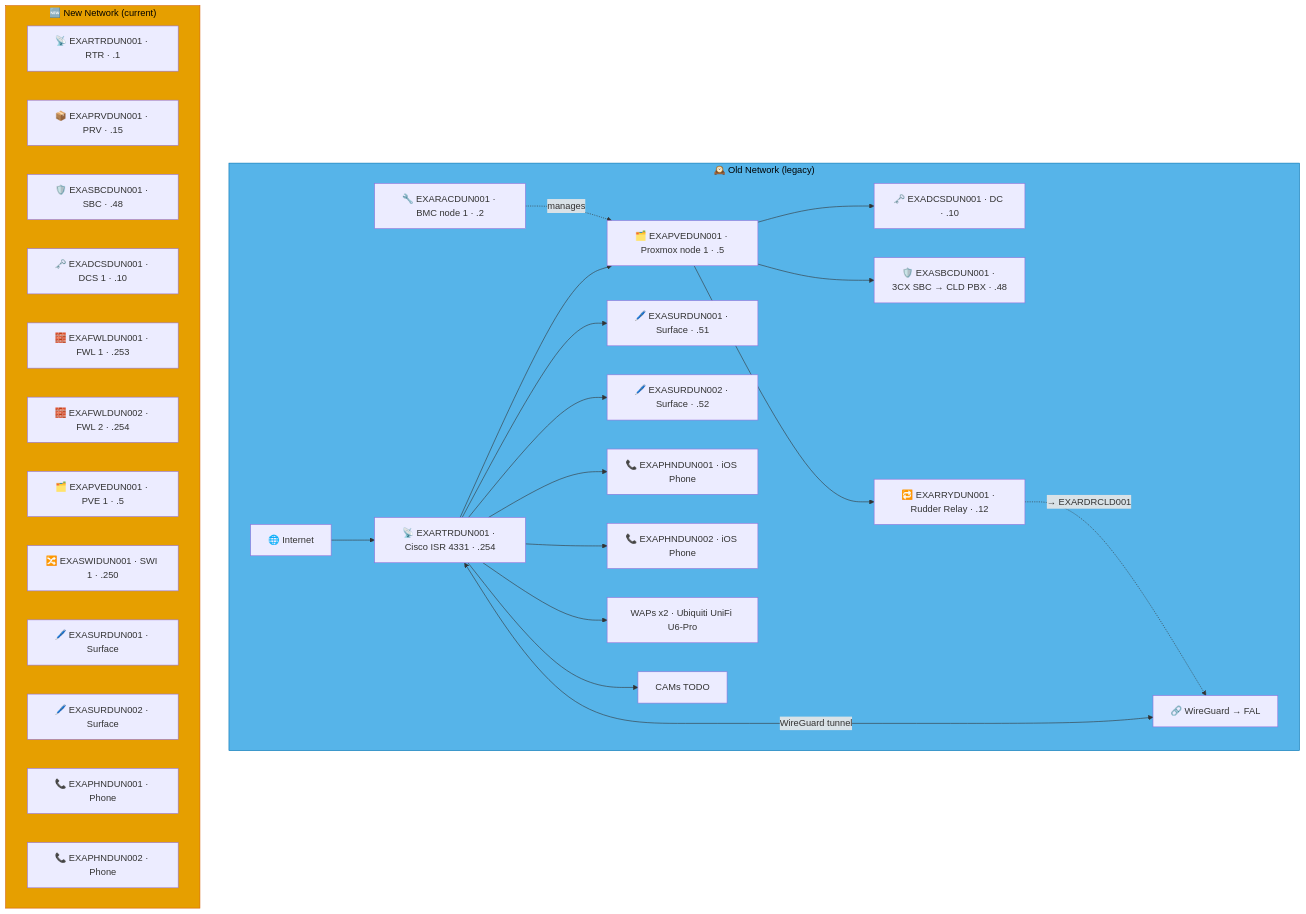
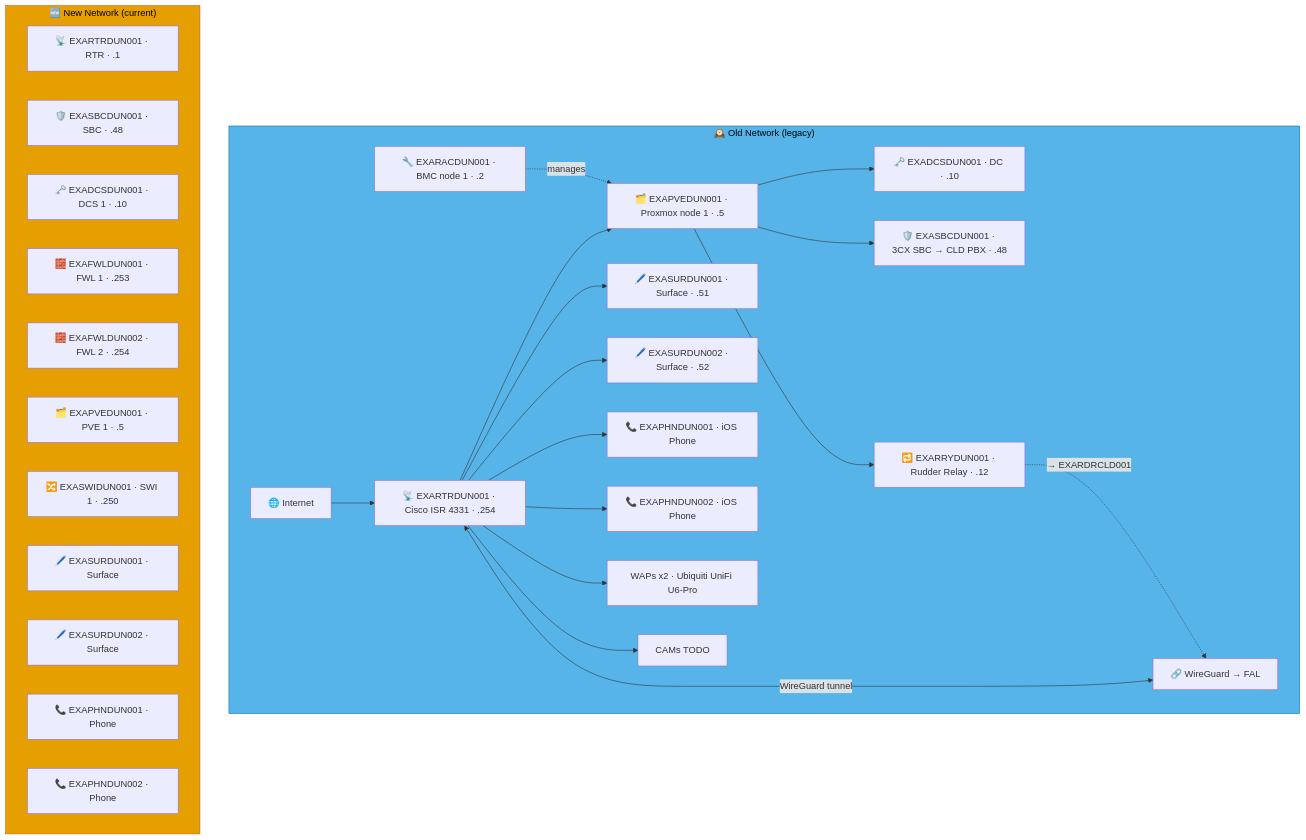
One commit to knightmare2600/example_music_infra changed the fifth of 7 diagrams in docs/network-diagram/scotland.md. Above: the diagram before and after it, drawn with Mermaid. The commit also changed other lines of this file and 55 other files, not shown here.

````diff
--- a/docs/network-diagram/scotland.md
+++ b/docs/network-diagram/scotland.md
@@ -350,46 +345,45 @@
 ```mermaid
 graph TD
     subgraph OLD_DUN ["🕰️ Old Network (legacy)"]
       INET["🌐 Internet"]
       RTR["📡 EXARTRDUN001 · Cisco ISR 4331 · .254"]
       RAC["🔧 EXARACDUN001 · BMC node 1 · .2"]
       PVE["🗂️ EXAPVEDUN001 · Proxmox node 1 · .5"]
       DC["🗝️ EXADCSDUN001 · DC · .10"]
       SBC["🛡️ EXASBCDUN001 · 3CX SBC → CLD PBX · .48"]
       RRY["🔁 EXARRYDUN001 · Rudder Relay · .12"]
       SUR1["🖊️ EXASURDUN001 · Surface · .51"]
       SUR2["🖊️ EXASURDUN002 · Surface · .52"]
       PHN1["📞 EXAPHNDUN001 · iOS Phone"]
       PHN2["📞 EXAPHNDUN002 · iOS Phone"]
       WAP["WAPs x2 · Ubiquiti UniFi U6-Pro"]
       CAM["CAMs TODO"]
       VPN["🔗 WireGuard → FAL"]
 
       INET --> RTR --> PVE
       PVE --> DC & SBC
       RAC -.->|"manages"| PVE
       RTR --> SUR1 & SUR2 & PHN1 & PHN2 & WAP & CAM
       RTR <-->|"WireGuard tunnel"| VPN
 
       PVE --> RRY
       RRY -. "→ EXARDRCLD001" .-> VPN
     end
     style OLD_DUN fill:#56B4E9,stroke:#0072B2,color:#000000
     %% GENERATED:NEW-NETWORK:DUN:START
     subgraph NEW_DUN ["🆕 New Network (current)"]
       N_RTR["📡 EXARTRDUN001 · RTR · .1"]
-      N_PRV["📦 EXAPRVDUN001 · PRV · .15"]
       N_SBC["🛡️ EXASBCDUN001 · SBC · .48"]
       N_DCS["🗝️ EXADCSDUN001 · DCS 1 · .10"]
       N_FWL["🧱 EXAFWLDUN001 · FWL 1 · .253"]
       N_FWL2["🧱 EXAFWLDUN002 · FWL 2 · .254"]
       N_PVE["🗂️ EXAPVEDUN001 · PVE 1 · .5"]
       N_SWI["🔀 EXASWIDUN001 · SWI 1 · .250"]
       N_SUR["🖊️ EXASURDUN001 · Surface"]
       N_SUR2["🖊️ EXASURDUN002 · Surface"]
       N_PHN["📞 EXAPHNDUN001 · Phone"]
       N_PHN2["📞 EXAPHNDUN002 · Phone"]
     end
     style NEW_DUN fill:#E69F00,stroke:#D55E00,color:#000000
     %% GENERATED:NEW-NETWORK:DUN:END
 ```
````
